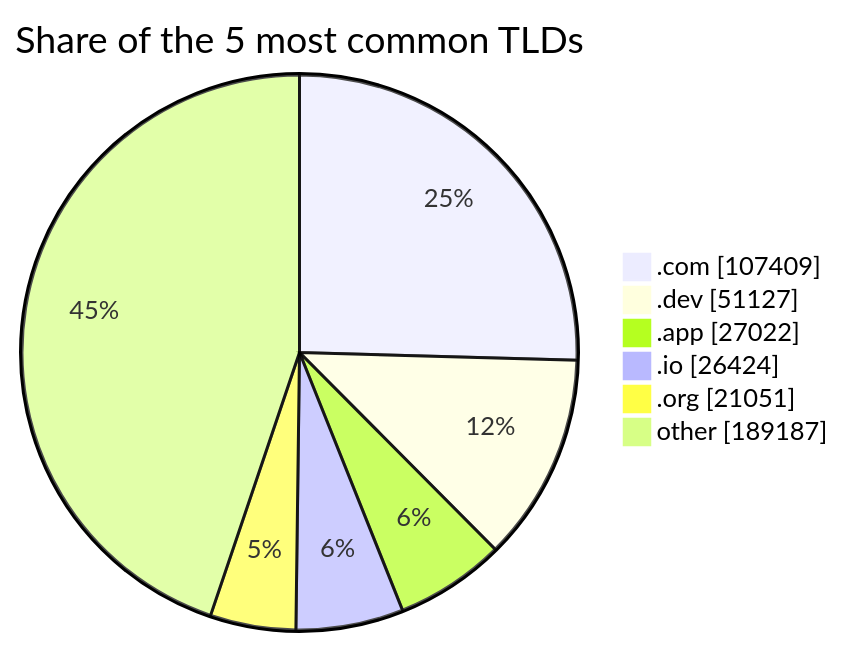
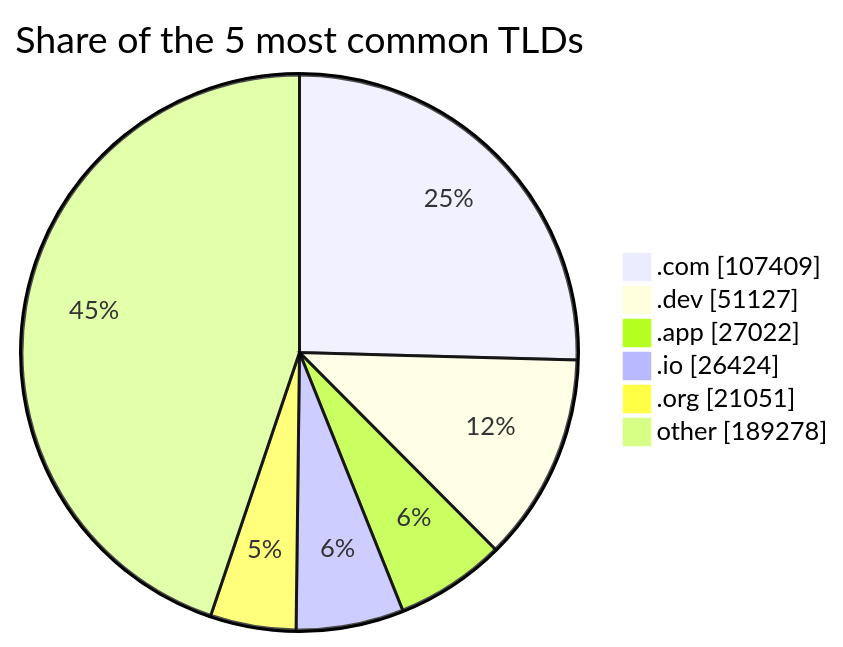
One commit to DNSBunker/CTI changed the third of 3 diagrams in README.md. Above: the diagram before and after it, drawn with Mermaid. The commit also changed other lines of this file and 3 other files, not shown here.

````diff
--- a/README.md
+++ b/README.md
@@ -81,9 +81,9 @@
 ```mermaid
 pie showData title Share of the 5 most common TLDs
     ".com" : 107409
     ".dev" : 51127
     ".app" : 27022
     ".io" : 26424
     ".org" : 21051
-    "other" : 189187
+    "other" : 189278
 ```
````
